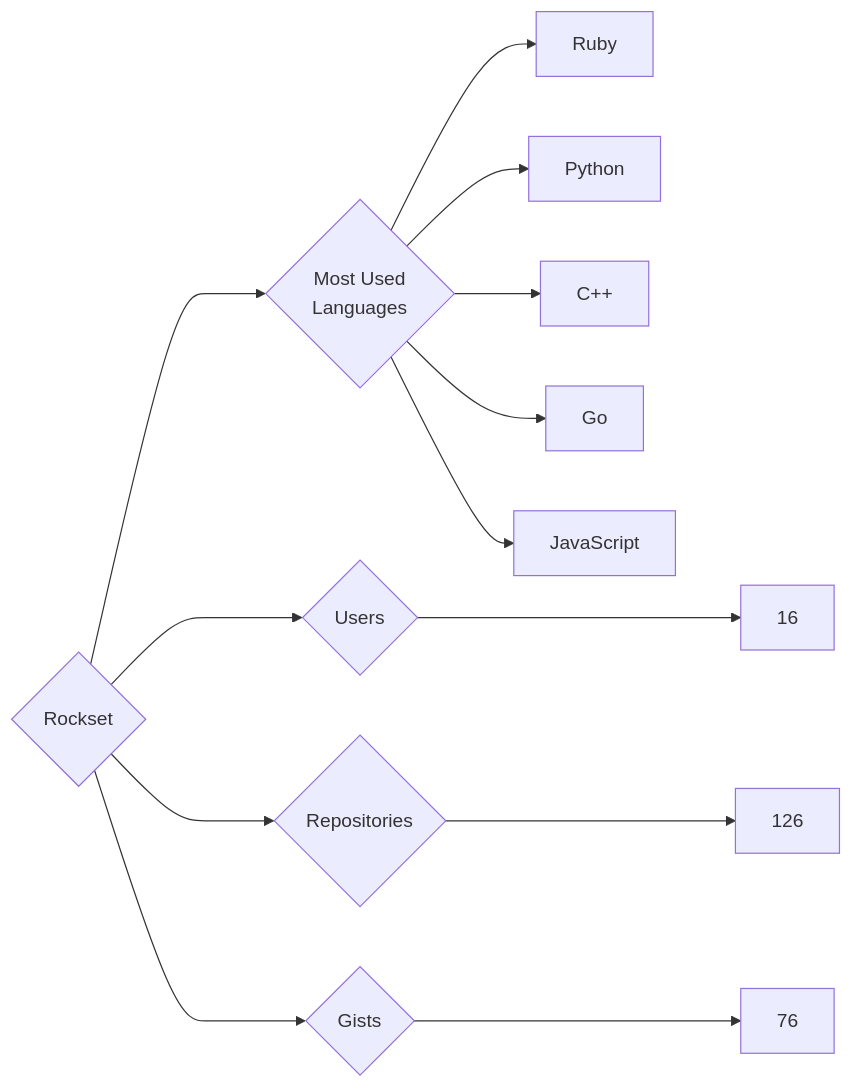
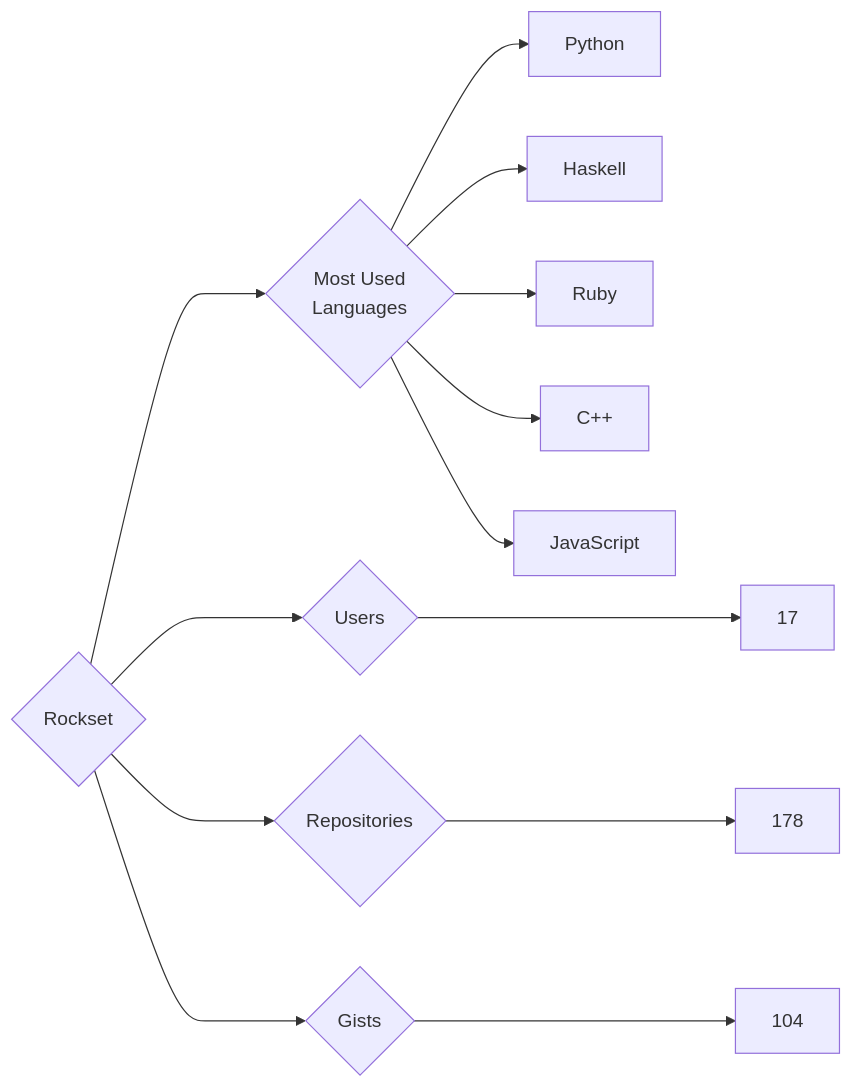
The diagram in targets/Rockset/README.md (trickest/insiders), drawn with Mermaid before and after one commit. The commit also changed 1484 other files, not shown here.

````diff
--- a/targets/Rockset/README.md
+++ b/targets/Rockset/README.md
@@ -3,13 +3,13 @@
 ```mermaid
 graph LR
 COMPANY_NAME{Rockset}
-COMPANY_NAME ---> U{Users} ---> UN[16]
-COMPANY_NAME ---> R{Repositories} ---> RN[126]
-COMPANY_NAME ---> G{Gists} ---> GN[76]
+COMPANY_NAME ---> U{Users} ---> UN[17]
+COMPANY_NAME ---> R{Repositories} ---> RN[178]
+COMPANY_NAME ---> G{Gists} ---> GN[104]
 COMPANY_NAME ---> ML{Most Used<br>Languages}
+ML --> Python[Python]
+ML --> Haskell[Haskell]
 ML --> Ruby[Ruby]
-ML --> Python[Python]
 ML --> C++[C++]
-ML --> Go[Go]
 ML --> JavaScript[JavaScript]
 ```
````
